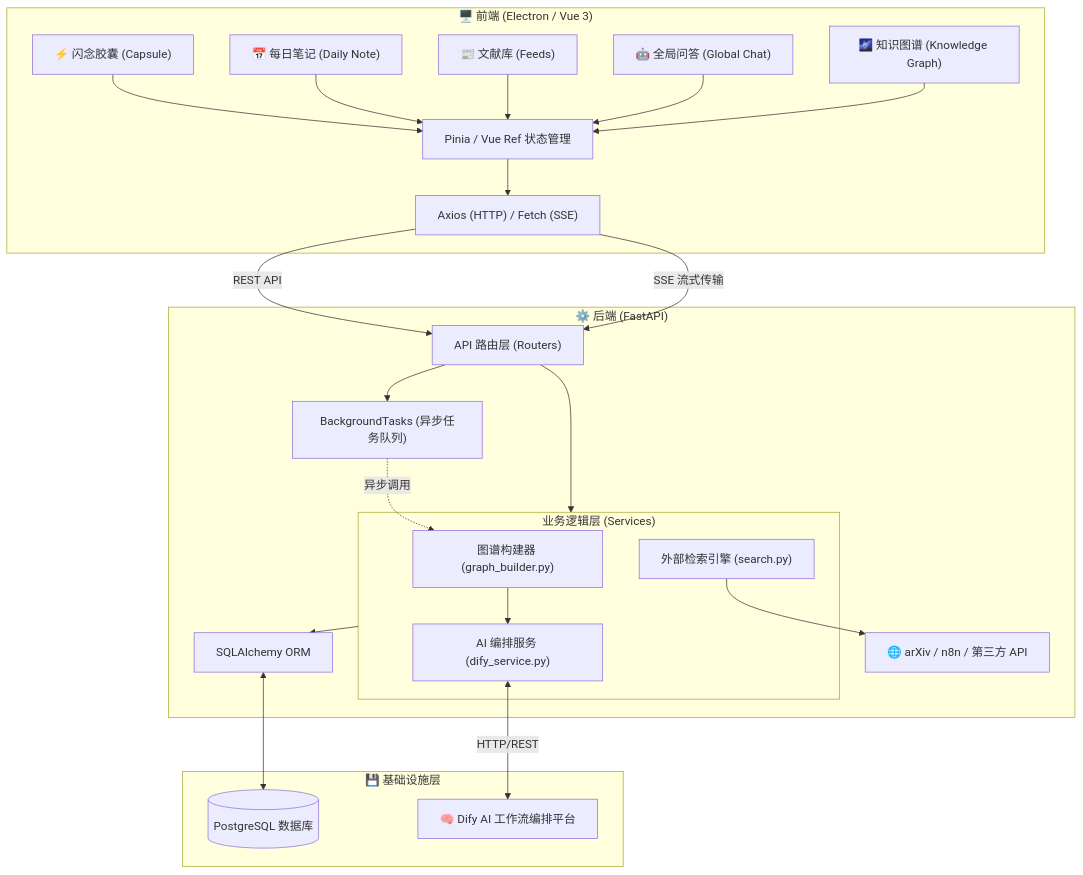
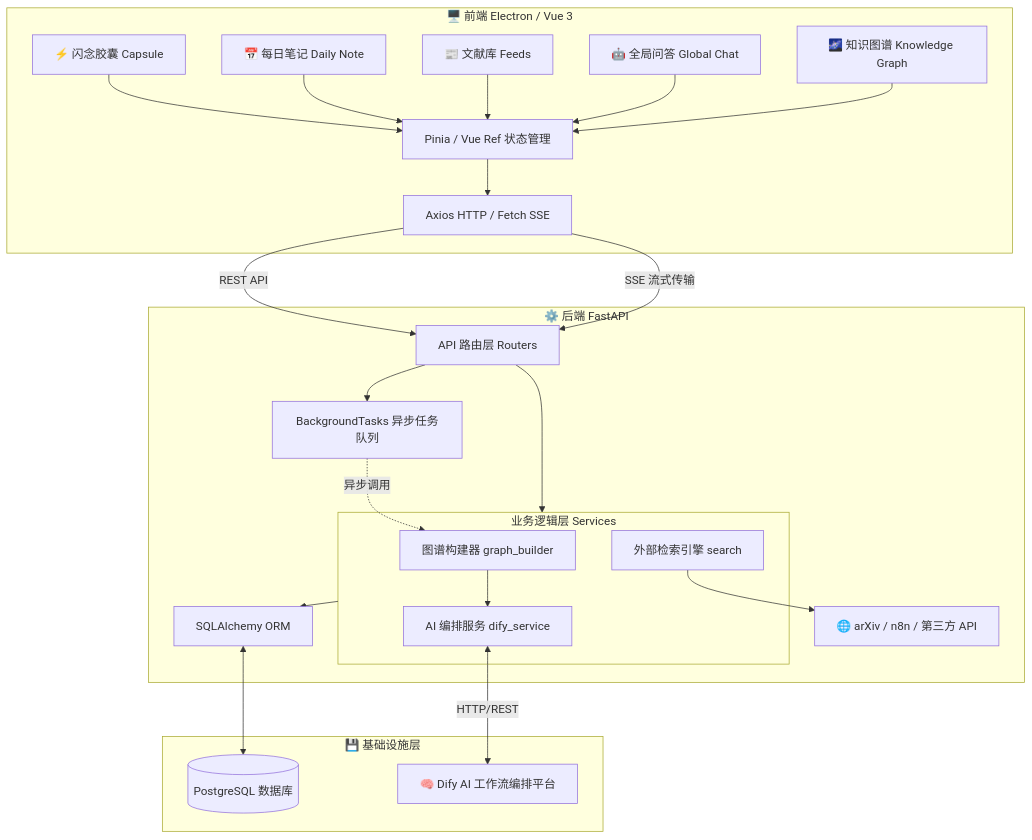
One commit to lisongjianustc/InsightGraph changed the first of 7 diagrams in Project_Documentation.md. Above: the diagram before and after it, drawn with Mermaid. The commit also changed other lines of this file, not shown here.

Commit message:
docs: fix mermaid syntax errors across all diagrams and enrich documentation with detailed tech stack descriptions and a comprehensive glossary of terms

````diff
--- a/Project_Documentation.md
+++ b/Project_Documentation.md
@@ -57,52 +57,52 @@
 ```mermaid
 graph TD
-    subgraph Frontend ["🖥️ 前端 (Electron / Vue 3)"]
-        UI_Capsule["⚡ 闪念胶囊 (Capsule)"]
-        UI_DailyNote["📅 每日笔记 (Daily Note)"]
-        UI_Feed["📰 文献库 (Feeds)"]
-        UI_Chat["🤖 全局问答 (Global Chat)"]
-        UI_Graph["🌌 知识图谱 (Knowledge Graph)"]
+    subgraph Frontend [🖥️ 前端 Electron / Vue 3]
+        UI_Capsule[⚡ 闪念胶囊 Capsule]
+        UI_DailyNote[📅 每日笔记 Daily Note]
+        UI_Feed[📰 文献库 Feeds]
+        UI_Chat[🤖 全局问答 Global Chat]
+        UI_Graph[🌌 知识图谱 Knowledge Graph]
         
-        State["Pinia / Vue Ref 状态管理"]
-        Axios["Axios (HTTP) / Fetch (SSE)"]
+        State[Pinia / Vue Ref 状态管理]
+        Axios[Axios HTTP / Fetch SSE]
         
         UI_Capsule --> State
         UI_DailyNote --> State
         UI_Feed --> State
         UI_Chat --> State
         UI_Graph --> State
         State --> Axios
     end
 
-    subgraph Backend ["⚙️ 后端 (FastAPI)"]
-        API_Router["API 路由层 (Routers)"]
+    subgraph Backend [⚙️ 后端 FastAPI]
+        API_Router[API 路由层 Routers]
         
-        subgraph Services ["业务逻辑层 (Services)"]
-            Service_Graph["图谱构建器 (graph_builder.py)"]
-            Service_Dify["AI 编排服务 (dify_service.py)"]
-            Service_Search["外部检索引擎 (search.py)"]
+        subgraph Services [业务逻辑层 Services]
+            Service_Graph[图谱构建器 graph_builder]
+            Service_Dify[AI 编排服务 dify_service]
+            Service_Search[外部检索引擎 search]
         end
         
         ORM["SQLAlchemy ORM"]
-        BG_Tasks["BackgroundTasks (异步任务队列)"]
+        BG_Tasks[BackgroundTasks 异步任务队列]
         
         API_Router --> Services
         API_Router --> BG_Tasks
         BG_Tasks -.->|异步调用| Service_Graph
         Service_Graph --> Service_Dify
         Service_Search --> External_API
         Services --> ORM
     end
 
-    subgraph Infrastructure ["💾 基础设施层"]
+    subgraph Infrastructure [💾 基础设施层]
         DB[(PostgreSQL 数据库)]
-        Dify["🧠 Dify AI 工作流编排平台"]
-        External_API["🌐 arXiv / n8n / 第三方 API"]
+        Dify[🧠 Dify AI 工作流编排平台]
+        External_API[🌐 arXiv / n8n / 第三方 API]
     end
 
     Axios -->|REST API| API_Router
     Axios -->|SSE 流式传输| API_Router
     
     ORM <--> DB
     Service_Dify <-->|HTTP/REST| Dify
 ```
````
